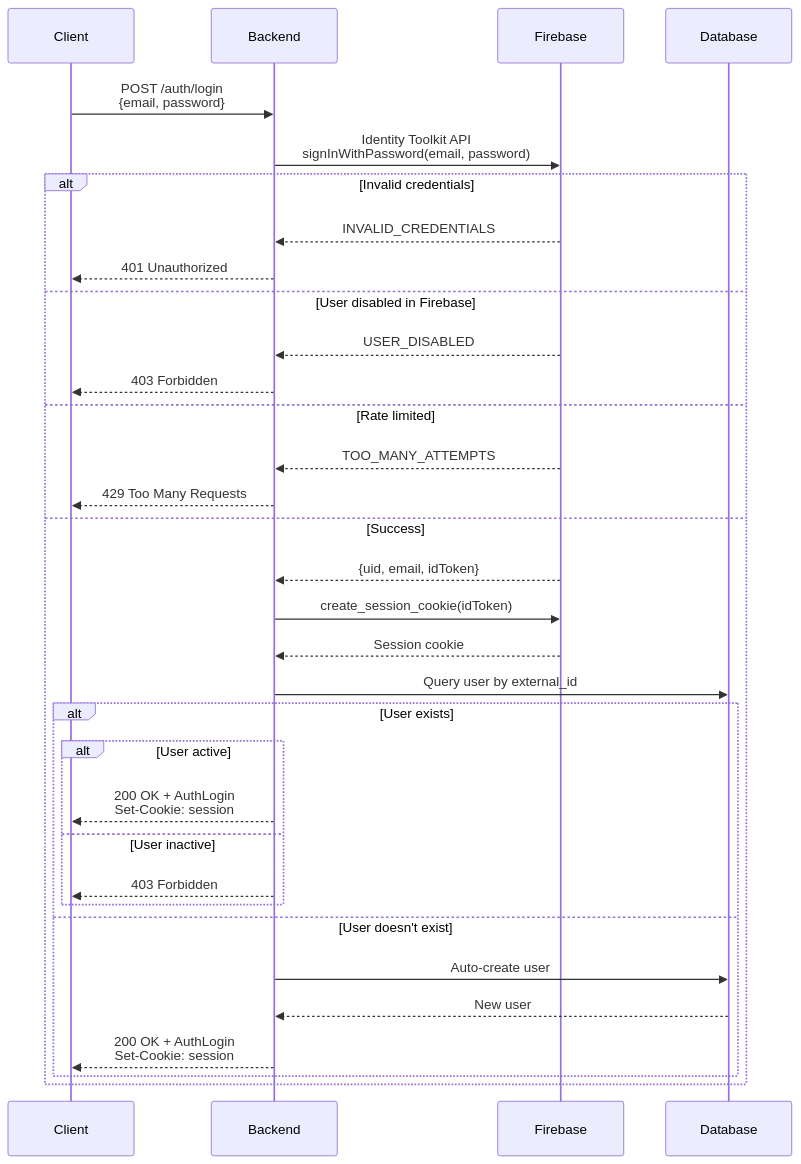
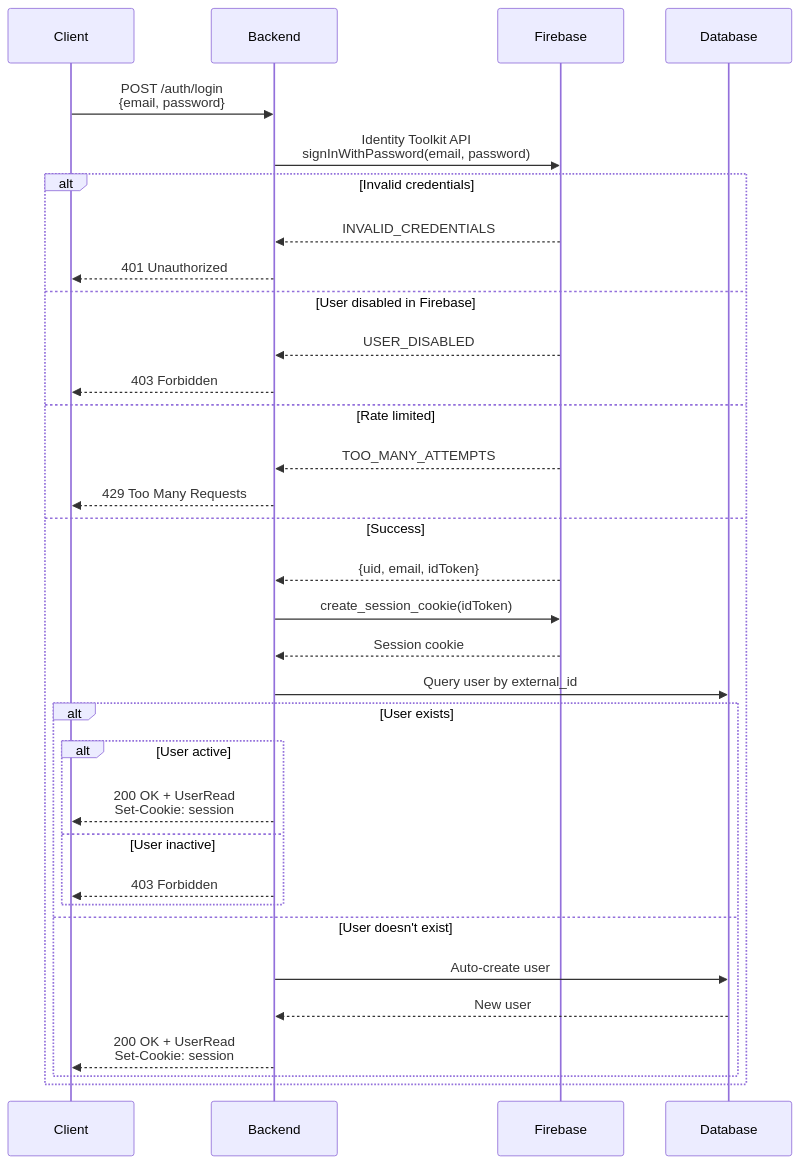
The third of 10 diagrams in docs/auth-flow.md (gokhantaskan/fastback), drawn with Mermaid before and after one commit. The commit also changed other lines of this file and 1 other file, not shown here.

First line of the commit message:
chore: enhance documentation and update authentication flow

````diff
--- a/docs/auth-flow.md
+++ b/docs/auth-flow.md
@@ -71,39 +78,39 @@
 ```mermaid
 sequenceDiagram
     participant Client
     participant Backend
     participant Firebase
     participant Database
 
     Client->>Backend: POST /auth/login<br/>{email, password}
 
     Backend->>Firebase: Identity Toolkit API<br/>signInWithPassword(email, password)
     alt Invalid credentials
         Firebase-->>Backend: INVALID_CREDENTIALS
         Backend-->>Client: 401 Unauthorized
     else User disabled in Firebase
         Firebase-->>Backend: USER_DISABLED
         Backend-->>Client: 403 Forbidden
     else Rate limited
         Firebase-->>Backend: TOO_MANY_ATTEMPTS
         Backend-->>Client: 429 Too Many Requests
     else Success
         Firebase-->>Backend: {uid, email, idToken}
 
         Backend->>Firebase: create_session_cookie(idToken)
         Firebase-->>Backend: Session cookie
 
         Backend->>Database: Query user by external_id
         alt User exists
             alt User active
-                Backend-->>Client: 200 OK + AuthLogin<br/>Set-Cookie: session
+                Backend-->>Client: 200 OK + UserRead<br/>Set-Cookie: session
             else User inactive
                 Backend-->>Client: 403 Forbidden
             end
         else User doesn't exist
             Backend->>Database: Auto-create user
             Database-->>Backend: New user
-            Backend-->>Client: 200 OK + AuthLogin<br/>Set-Cookie: session
+            Backend-->>Client: 200 OK + UserRead<br/>Set-Cookie: session
         end
     end
 ```
````
